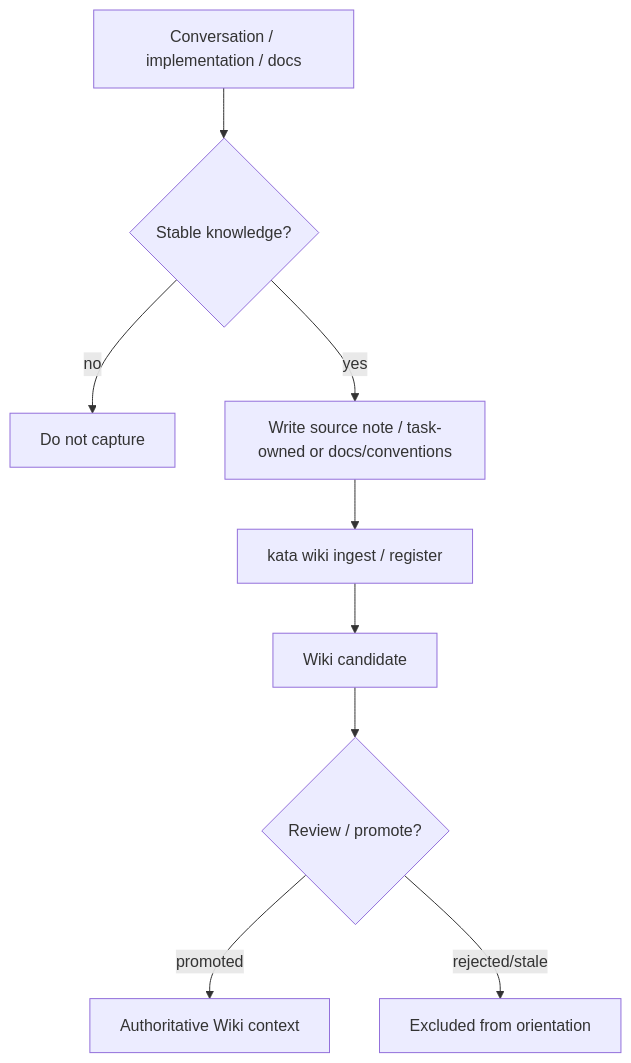
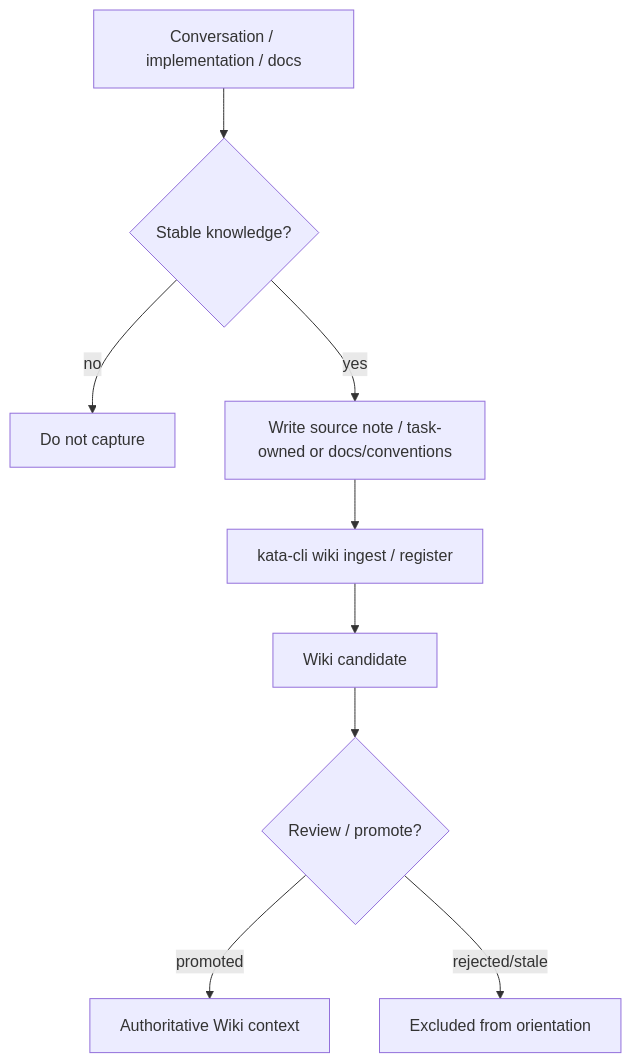
One commit to geebytes/kata changed the fifth of 6 diagrams in README.md. Above: the diagram before and after it, drawn with Mermaid. The commit also changed other lines of this file and 39 other files, not shown here.

Commit message:
fix: add kata-cli binary entrypoint

````diff
--- a/README.md
+++ b/README.md
@@ -202,11 +202,11 @@
 ```mermaid
 flowchart TD
     A[Conversation / implementation / docs] --> B{Stable knowledge?}
     B -- no --> C[Do not capture]
     B -- "yes" --> D["Write source note / task-owned or docs/conventions"]
-    D --> E[kata wiki ingest / register]
+    D --> E[kata-cli wiki ingest / register]
     E --> F[Wiki candidate]
     F --> G{Review / promote?}
     G -- promoted --> H[Authoritative Wiki context]
     G -- rejected/stale --> I[Excluded from orientation]
 ```
````
